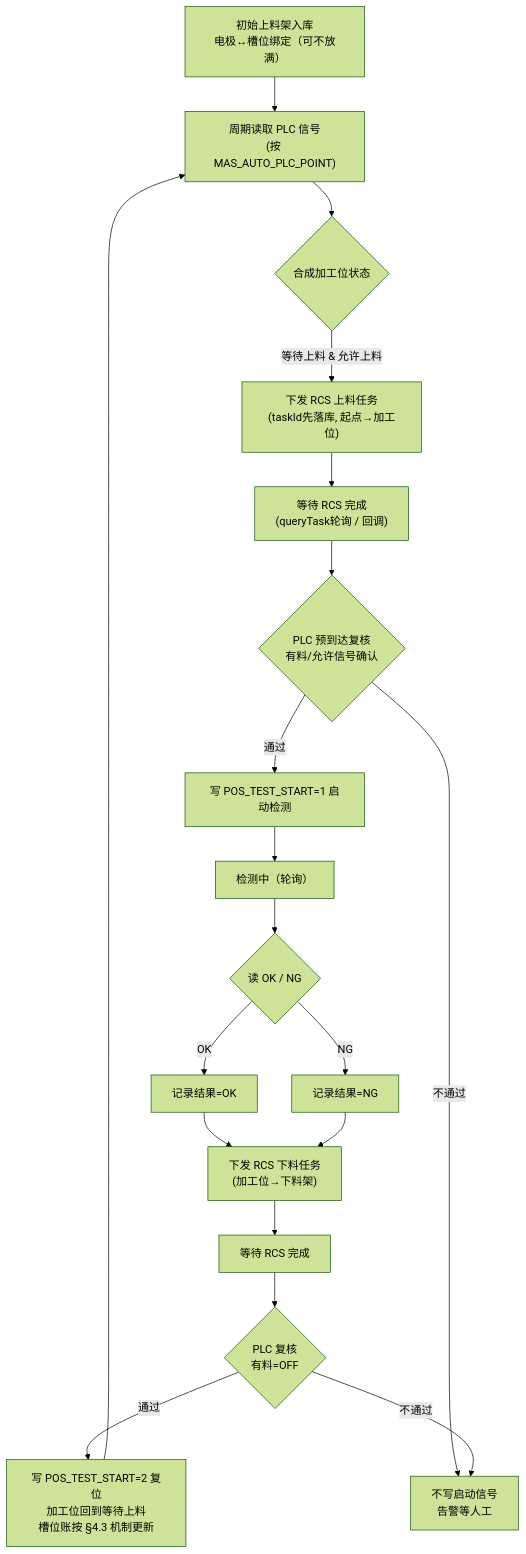
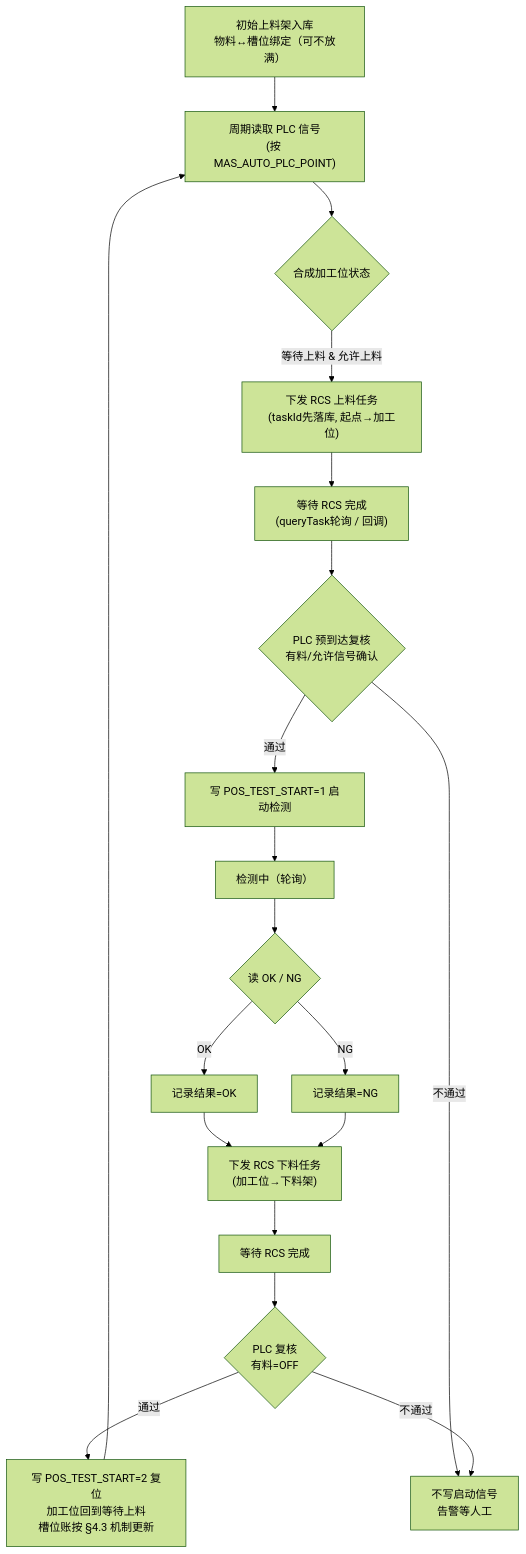
One commit to rui-xiaomi/CNC changed the third of 3 diagrams in docs/客户端开发文档.md. Above: the diagram before and after it, drawn with Mermaid (forest theme). The commit also changed other lines of this file and 52 other files, not shown here.

````diff
--- a/docs/客户端开发文档.md
+++ b/docs/客户端开发文档.md
@@ -460,21 +460,21 @@
 ```mermaid
 flowchart TD
-    Init["初始上料架入库<br/>电极↔槽位绑定（可不放满）"] --> Poll
+    Init["初始上料架入库<br/>物料↔槽位绑定（可不放满）"] --> Poll
     Poll["周期读取 PLC 信号<br/>(按 MAS_AUTO_PLC_POINT)"] --> S{"合成加工位状态"}
     S -->|等待上料 & 允许上料| Dispatch["下发 RCS 上料任务<br/>(taskId先落库, 起点→加工位)"]
     Dispatch --> WaitRcs["等待 RCS 完成<br/>(queryTask轮询 / 回调)"]
     WaitRcs --> Verify{"PLC 预到达复核<br/>有料/允许信号确认"}
     Verify -->|通过| Start["写 POS_TEST_START=1 启动检测"]
     Verify -->|不通过| Hold["不写启动信号<br/>告警等人工"]
     Start --> Proc["检测中（轮询）"]
     Proc --> R{"读 OK / NG"}
     R -->|OK| RecOK["记录结果=OK"]
     R -->|NG| RecNG["记录结果=NG"]
     RecOK --> UnloadD["下发 RCS 下料任务<br/>(加工位→下料架)"]
     RecNG --> UnloadD
     UnloadD --> WaitRcs2["等待 RCS 完成"]
     WaitRcs2 --> Verify2{"PLC 复核<br/>有料=OFF"}
     Verify2 -->|通过| Reset["写 POS_TEST_START=2 复位<br/>加工位回到等待上料<br/>槽位账按 §4.3 机制更新"]
     Verify2 -->|不通过| Hold
     Reset --> Poll
 ```
````
